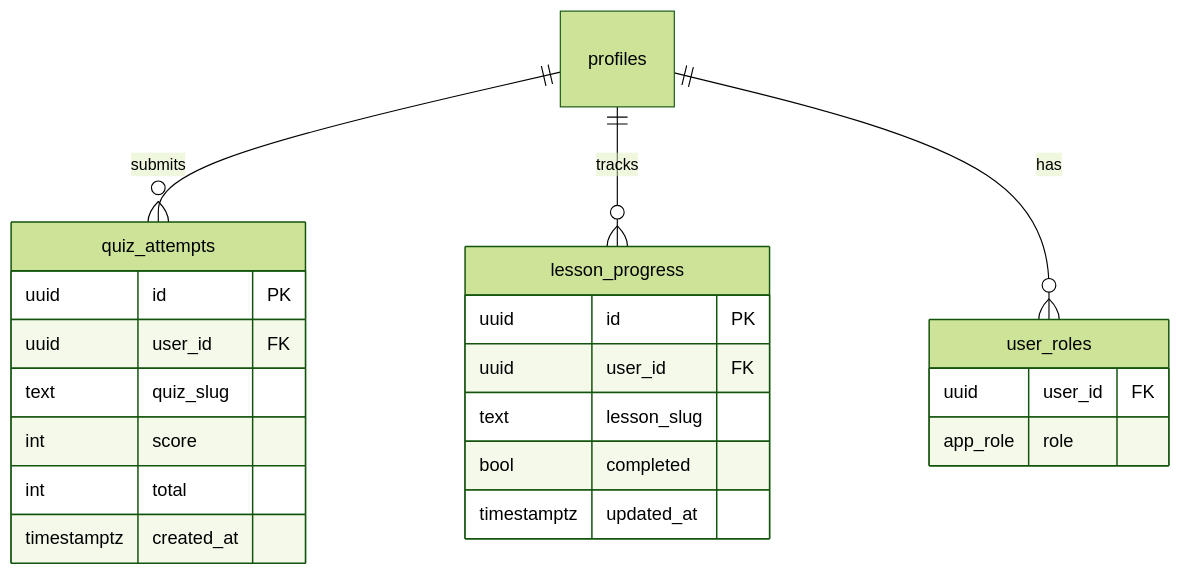
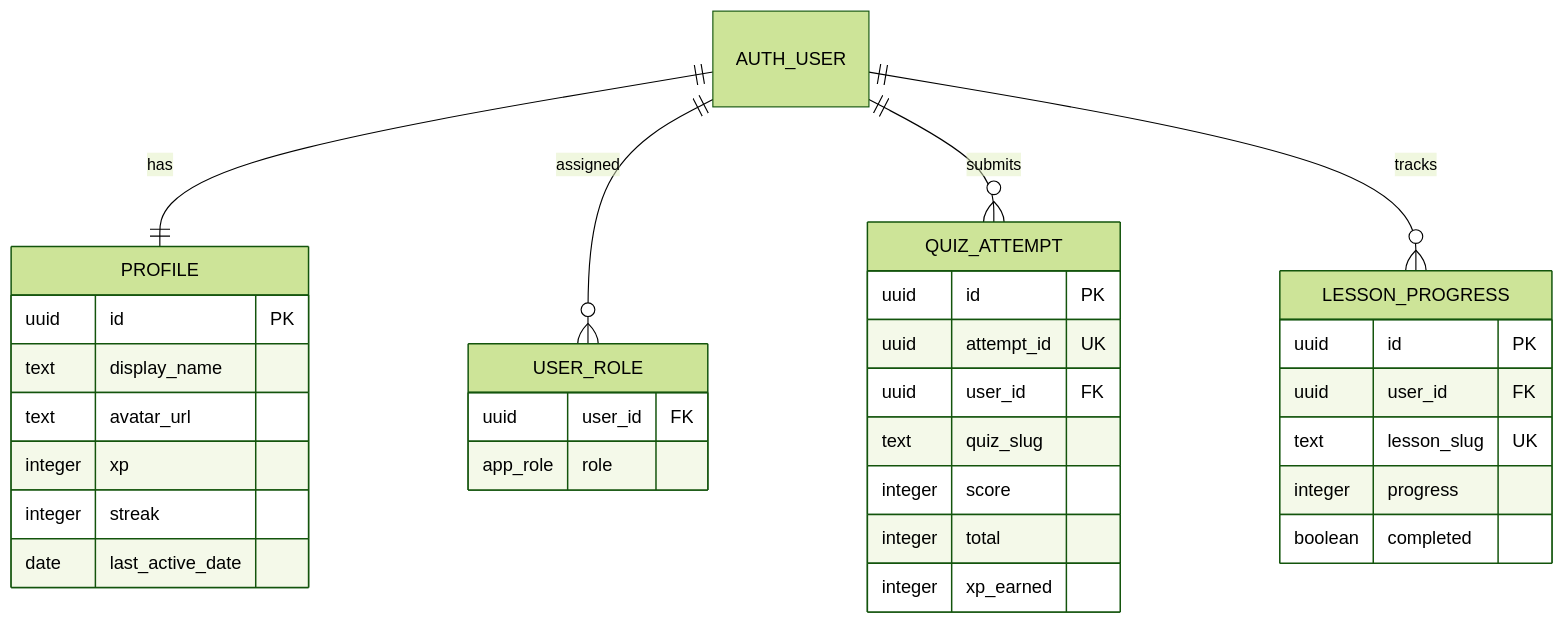
One commit to lewiii254/Jua-katiba-AI changed the sixth of 6 diagrams in README.md. Above: the diagram before and after it, drawn with Mermaid (forest theme). The commit also changed other lines of this file and 2 other files, not shown here.

````diff
--- a/README.md
+++ b/README.md
@@ -182,25 +229,39 @@
 ```mermaid
 erDiagram
-  profiles ||--o{ quiz_attempts : "submits"
-  profiles ||--o{ lesson_progress : "tracks"
-  profiles ||--o{ user_roles : "has"
-  quiz_attempts {
+  AUTH_USER ||--|| PROFILE : has
+  AUTH_USER ||--o{ USER_ROLE : assigned
+  AUTH_USER ||--o{ QUIZ_ATTEMPT : submits
+  AUTH_USER ||--o{ LESSON_PROGRESS : tracks
+
+  PROFILE {
     uuid id PK
-    uuid user_id FK
-    text quiz_slug
-    int score
-    int total
-    timestamptz created_at
+    text display_name
+    text avatar_url
+    integer xp
+    integer streak
+    date last_active_date
   }
-  lesson_progress {
-    uuid id PK
-    uuid user_id FK
-    text lesson_slug
-    bool completed
-    timestamptz updated_at
-  }
-  user_roles {
+
+  USER_ROLE {
     uuid user_id FK
     app_role role
   }
+
+  QUIZ_ATTEMPT {
+    uuid id PK
+    uuid attempt_id UK
+    uuid user_id FK
+    text quiz_slug
+    integer score
+    integer total
+    integer xp_earned
+  }
+
+  LESSON_PROGRESS {
+    uuid id PK
+    uuid user_id FK
+    text lesson_slug UK
+    integer progress
+    boolean completed
+  }
 ```
````
